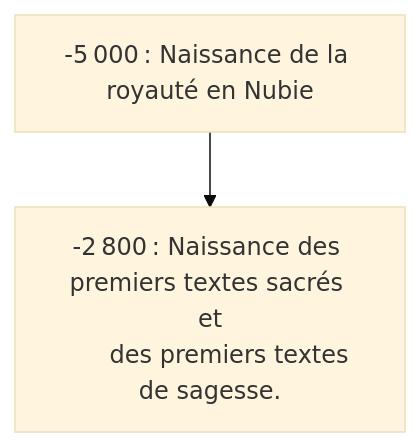
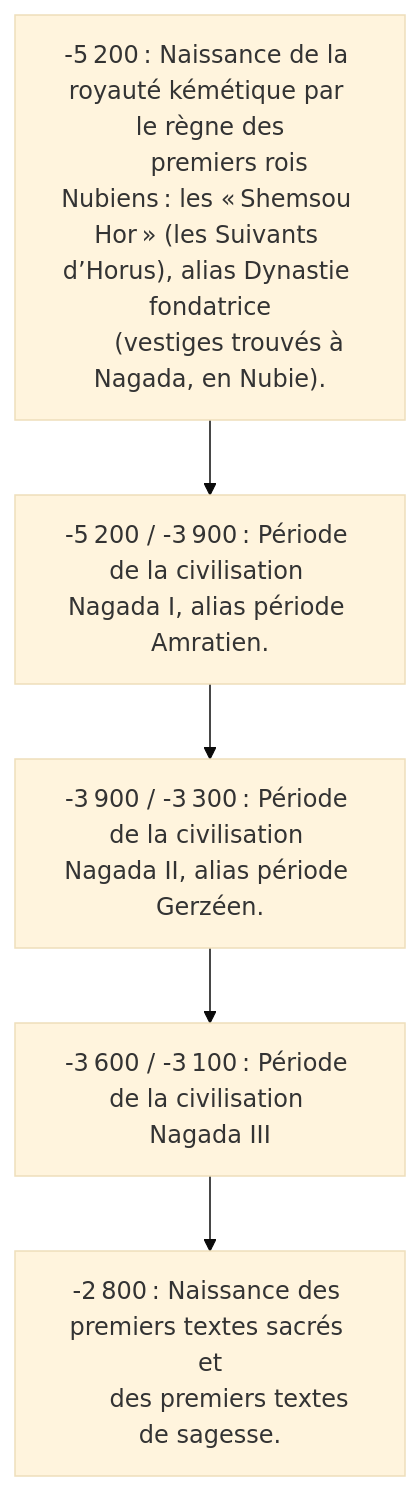
The diagram in en-cours/science/sciences-molles/avancées-sociétales.md (ba-moun/Ba-Moun-Save), drawn with Mermaid (base theme) before and after one commit. The commit also changed other lines of this file, not shown here.

Commit message:
docs: update en-cours/science/sciences-molles/avancées-sociétales

````diff
--- a/en-cours/science/sciences-molles/avancées-sociétales.md
+++ b/en-cours/science/sciences-molles/avancées-sociétales.md
@@ -15,10 +15,18 @@
 ```mermaid
 flowchart TB
-   royalty["-5 000 : Naissance de la royauté en Nubie"]
+   royalty["-5 200 : Naissance de la royauté kémétique par le règne des
+      premiers rois Nubiens : les « Shemsou Hor » (les Suivants d’Horus), alias Dynastie fondatrice
+      (vestiges trouvés à Nagada, en Nubie)."]
+   
+   firstNagadaPeriod["-5 200 / -3 900 : Période de la civilisation Nagada I, alias période Amratien."]
+   
+   secondNagadaPeriod["-3 900 / -3 300 : Période de la civilisation Nagada II, alias période Gerzéen."]
+   
+   thirdNagadaPeriod["-3 600 / -3 100 : Période de la civilisation Nagada III"]
    
    wisdomNSacredTexts["-2 800 : Naissance des premiers textes sacrés et
       des premiers textes de sagesse."]
    
-   royalty --> wisdomNSacredTexts
+   royalty --> firstNagadaPeriod --> secondNagadaPeriod --> thirdNagadaPeriod --> wisdomNSacredTexts
    
 ```
````
